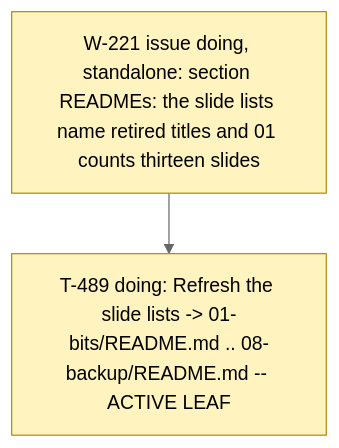
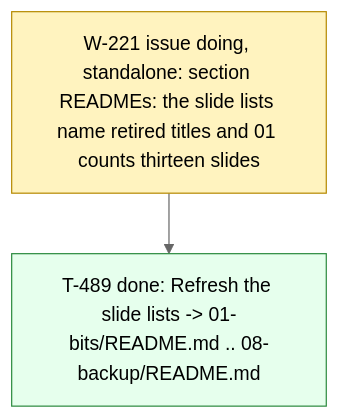
The diagram in .board/BOARD.md (dpopchev/chaos-to-simple), drawn with Mermaid (neutral theme) before and after one commit. The commit also changed other lines of this file and 1 other file, not shown here.

Commit message:
chore(board): close T-489 -- W-221 ready to land
Refs: W-221 T-489

````diff
--- a/.board/BOARD.md
+++ b/.board/BOARD.md
@@ -1306,11 +1306,12 @@
 ```mermaid
 flowchart TD
   W221["W-221 issue doing, standalone: section READMEs: the slide lists name retired titles and 01 counts thirteen slides"]
-  W221 --> T489["T-489 doing: Refresh the slide lists -> 01-bits/README.md .. 08-backup/README.md -- ACTIVE LEAF"]
+  W221 --> T489["T-489 done: Refresh the slide lists -> 01-bits/README.md .. 08-backup/README.md"]
   classDef doing fill:#fff3bf,stroke:#b58900,color:#000;
   classDef blocked fill:#ffe3e3,stroke:#c92a2a,color:#000;
   classDef done fill:#e6ffed,stroke:#2b8a3e,color:#000;
   classDef todo fill:#f8f9fa,stroke:#868e96,color:#000;
   classDef pruned fill:#f1f3f5,stroke:#adb5bd,color:#000;
-  class W221,T489 doing
+  class W221 doing
+  class T489 done
 ```
````
